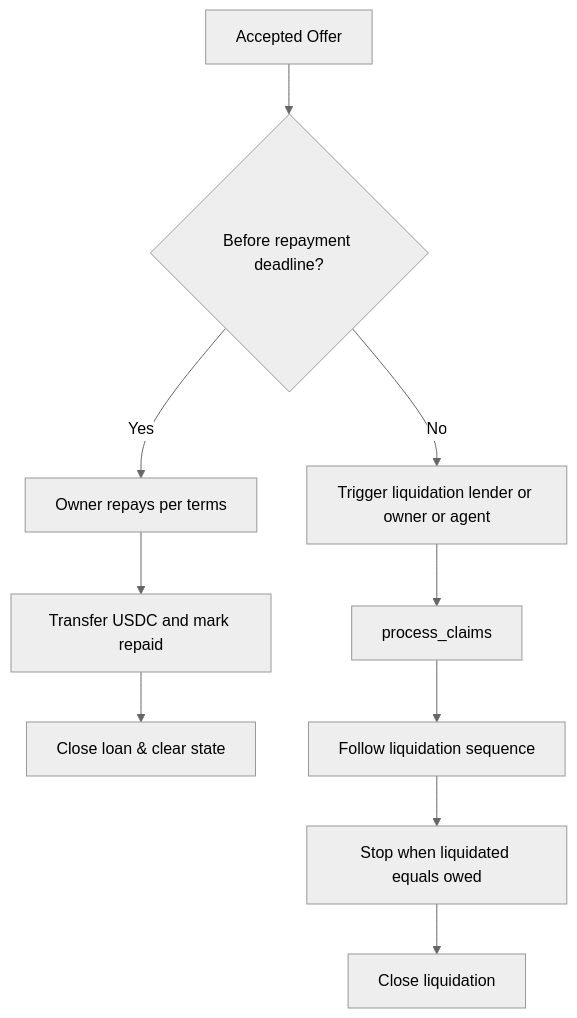
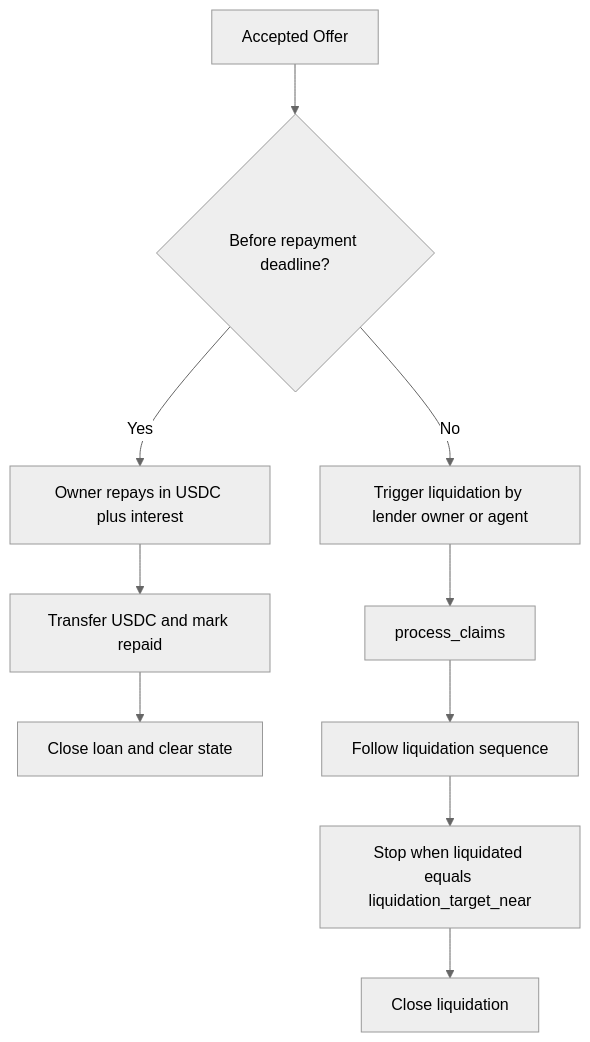
Before and after one commit to sudostake/resources: the third of 6 diagrams in PERSONAS_AND_FLOWS.md, drawn with Mermaid (neutral theme). The commit also changed other lines of this file, not shown here.

First line of the commit message:
Revise personas and flow documentation for NEAR MVP

````diff
--- a/PERSONAS_AND_FLOWS.md
+++ b/PERSONAS_AND_FLOWS.md
@@ -121,12 +135,12 @@
 ```mermaid
 flowchart TD
-A[Accepted Offer] --> B{Before repayment deadline?}
-B -- Yes --> C[Owner repays per terms]
-C --> D[Transfer USDC and mark repaid]
-D --> E[Close loan & clear state]
-B -- No --> F[Trigger liquidation lender or owner or agent]
-F --> G[process_claims]
-G --> H[Follow liquidation sequence]
-H --> I[Stop when liquidated equals owed]
-I --> J[Close liquidation]
+    A[Accepted Offer] --> B{Before repayment deadline?}
+    B -- Yes --> C[Owner repays in USDC plus interest]
+    C --> D[Transfer USDC and mark repaid]
+    D --> E[Close loan and clear state]
+    B -- No --> F[Trigger liquidation by lender owner or agent]
+    F --> G[process_claims]
+    G --> H[Follow liquidation sequence]
+    H --> I[Stop when liquidated equals liquidation_target_near]
+    I --> J[Close liquidation]
 ```
````
